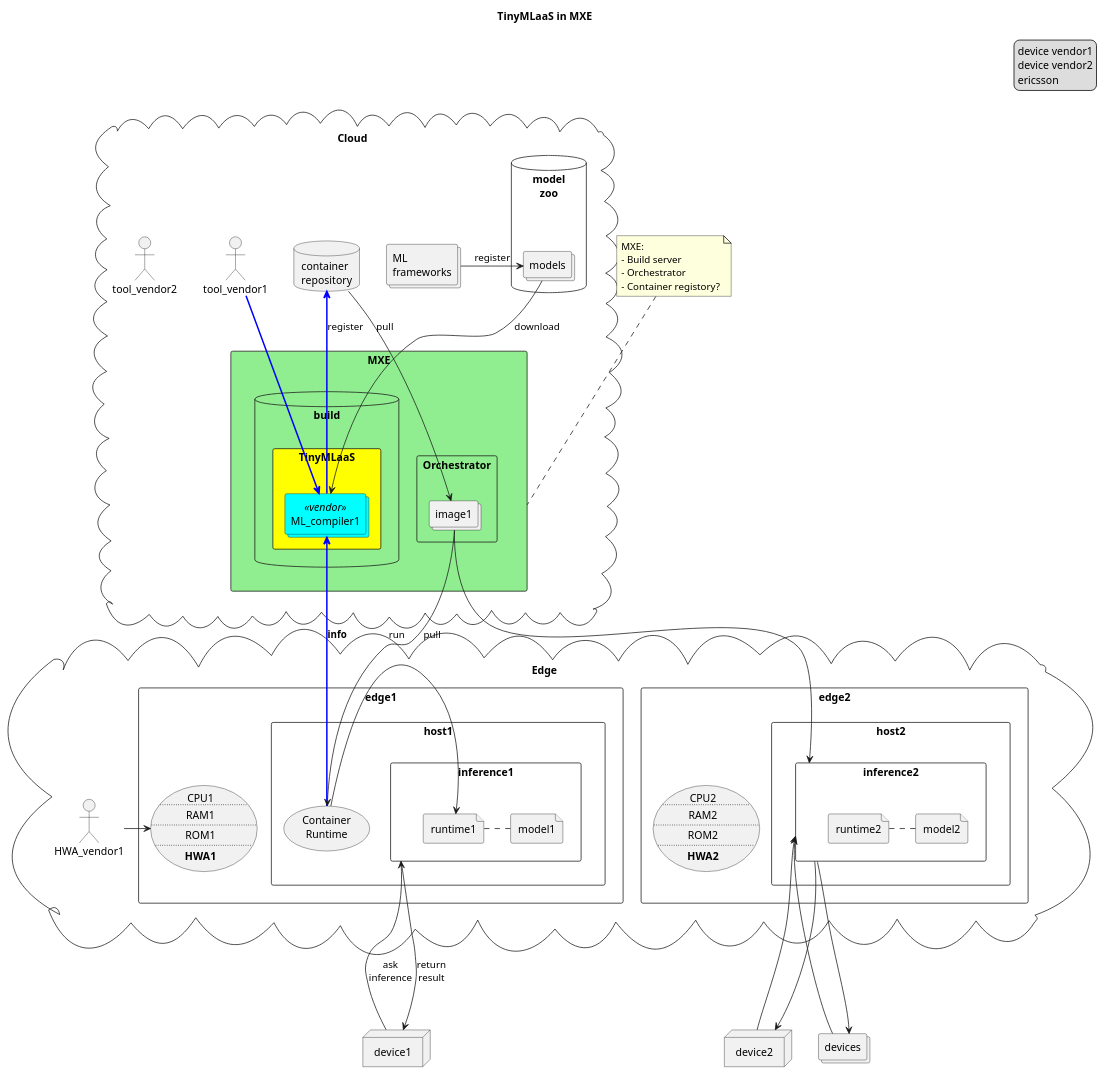
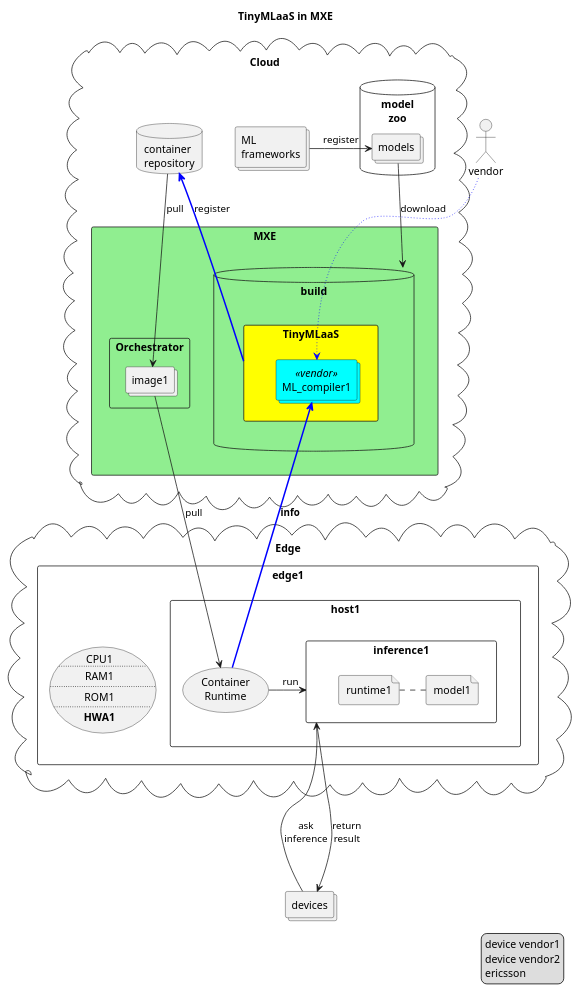
One commit to doyu/elc2019 changed the diagram in mxe.puml. Above: the diagram before and after it, drawn with PlantUML.

Commit message:
update mxe

```diff
--- a/mxe.puml
+++ b/mxe.puml
@@ -1,109 +1,78 @@
 @startuml
 
 title TinyMLaaS in MXE
+
+actor vendor
 
 cloud Cloud {
         collections "ML\nframeworks" as mlf
         database model\nzoo {
                 collections models
         }
         database "container\nrepository" as container_repository
         mlf -left-> models : register
 
-actor tool_vendor1
-actor tool_vendor2
-
        Rectangle MXE #lightgreen {
 		database build {
                 	rectangle TinyMLaaS #yellow {
                 	        collections ML_compiler1 <<vendor>> #Aqua
 
-				tool_vendor1 -[#blue,bold]down-> ML_compiler1
+				vendor -[#blue,dotted]down-> ML_compiler1
                 	}
 		}
                 rectangle Orchestrator {
                         collections image1
                 }
-                ML_compiler1 -[#blue,bold]> container_repository : register
-	        ML_compiler1 <-up- models : download
+                TinyMLaaS -[#blue,bold]> container_repository : register
+	        build <-up- models : download
         }
 
 }
 
-note top of MXE
-MXE:
-- Build server
-- Orchestrator
-- Container registory?
-end note
+'note top of MXE
+'MXE:
+'- Build server
+'- Orchestrator
+'- Container registory?
+'end note
 
 cloud Edge {
-	Actor HWA_vendor1
-
         container_repository -down-> image1 : pull
 
         rectangle edge1 {
                 rectangle host1 {
                         (Container\nRuntime) as containerd
                         rectangle inference1 {
                                 file model1
                                 file runtime1
                                 runtime1 .right. model1
                         }
                 }
                 usecase HW1 as "CPU1
                         ..
                         RAM1
                         ..
                         ROM1
                         ..
                         **HWA1**"
-
-		HWA_vendor1 -> HW1
         }
 
         containerd -[#blue,bold]up-> ML_compiler1 : **info**
         image1 -down-> containerd : pull
-        containerd -> runtime1 : run
-
-        rectangle edge2 {
-                rectangle host2 {
-                        rectangle inference2 {
-                                file model2
-                                file runtime2
-                                runtime2 .right. model2
-                        }
-                }
-                usecase HW2 as "CPU2
-                        ..
-                        RAM2
-                        ..
-                        ROM2
-                        ..
-                        **HWA2**"
-        }
-
-        image1 -down-> inference2
+        containerd -> inference1 : run
 }
 
-node device1
-node device2
 collections devices
 
-device1 -up-> inference1 : ask\ninference
-device1 <-up-- inference1 : return\nresult
+devices -up-> inference1 : ask\ninference
+devices <-up-- inference1 : return\nresult
 
-device2 -up-> inference2
-device2 <-up-- inference2
 
-devices -up-> inference2
-devices <-up-- inference2
-
-legend top right
+legend bottom right
 device vendor1
 device vendor2
 ericsson
 end legend
 
 
 @enduml
```
